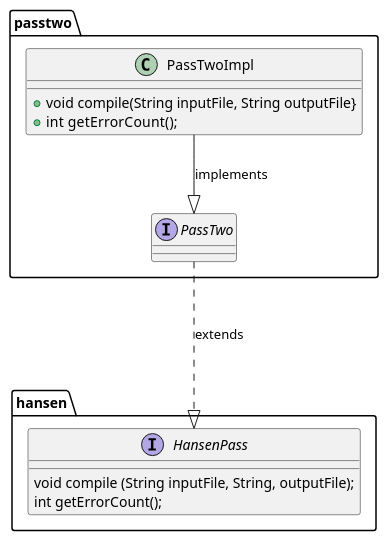
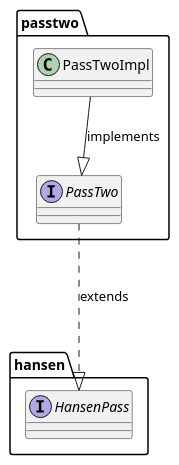
One commit to carricksoft/Hansen changed the diagram in src/main/resources/Diagrams/PassTwo.puml. Above: the diagram before and after it, drawn with PlantUML. The commit also changed 6 other files, not shown here.

```diff
--- a/src/main/resources/Diagrams/PassTwo.puml
+++ b/src/main/resources/Diagrams/PassTwo.puml
@@ -1,30 +1,27 @@
 @startuml
 
 
 package hansen {
 
 interface HansenPass {
-void compile (String inputFile, String, outputFile);
-int getErrorCount();
 }
 
 }
 
 package passtwo {
 
 interface PassTwo {
 }
 
 
 class PassTwoImpl{
-+void compile(String inputFile, String outputFile}
-+int  getErrorCount();
+
 }
 
 PassTwoImpl --|> PassTwo: implements
 PassTwo...|> HansenPass: extends
 
 }
 
 
 @enduml
```
